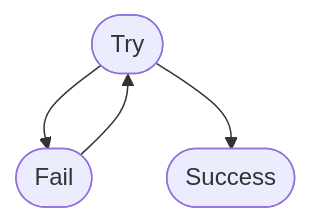
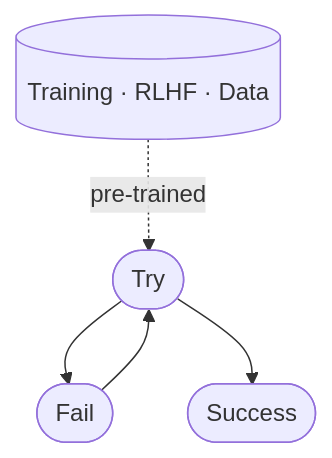
Before and after one commit to thiscantbeserious/erika: the second of 5 diagrams in VISION.md, drawn with Mermaid. The commit also changed other lines of this file, not shown here.

````diff
--- a/VISION.md
+++ b/VISION.md
@@ -28,6 +31,8 @@
 ```mermaid
+%%{ init: { 'flowchart': { 'curve': 'basis' } } }%%
 graph TD
+    Training[(Training · RLHF · Data)] -.->|pre-trained| T
     T([Try]) --> F([Fail])
     F --> T
     T --> S([Success])
 ```
````
